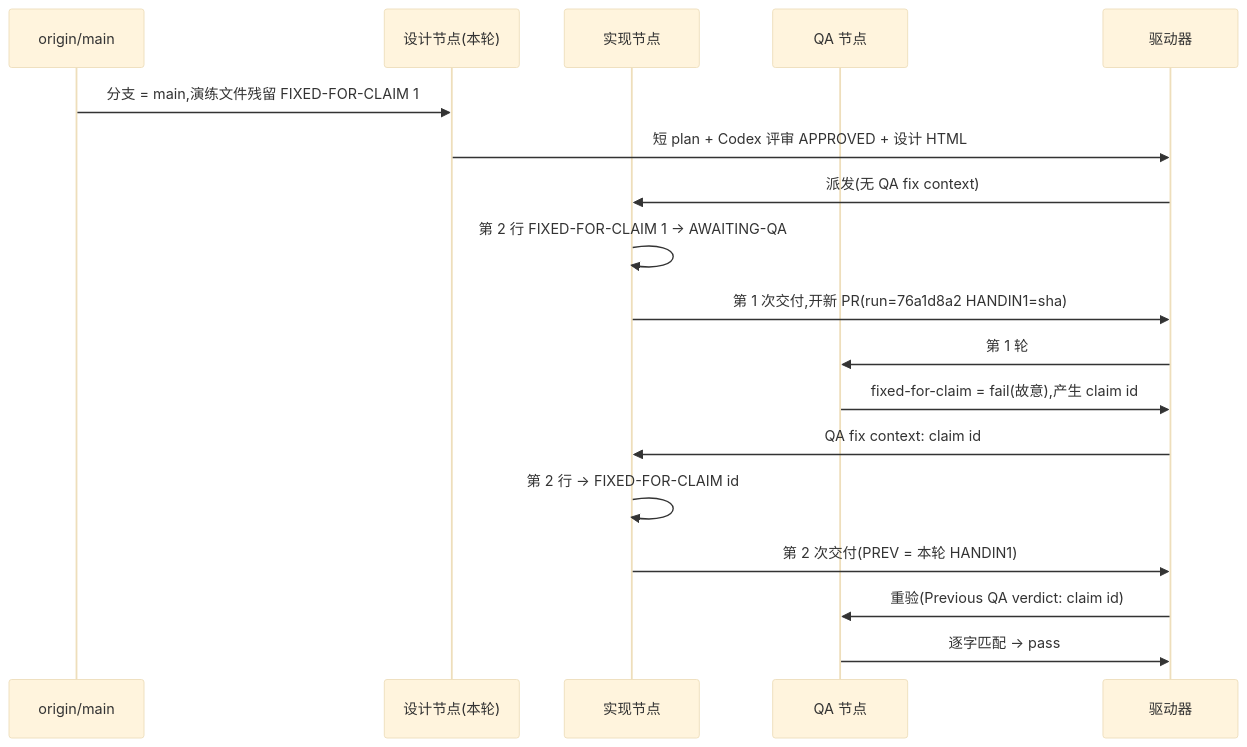
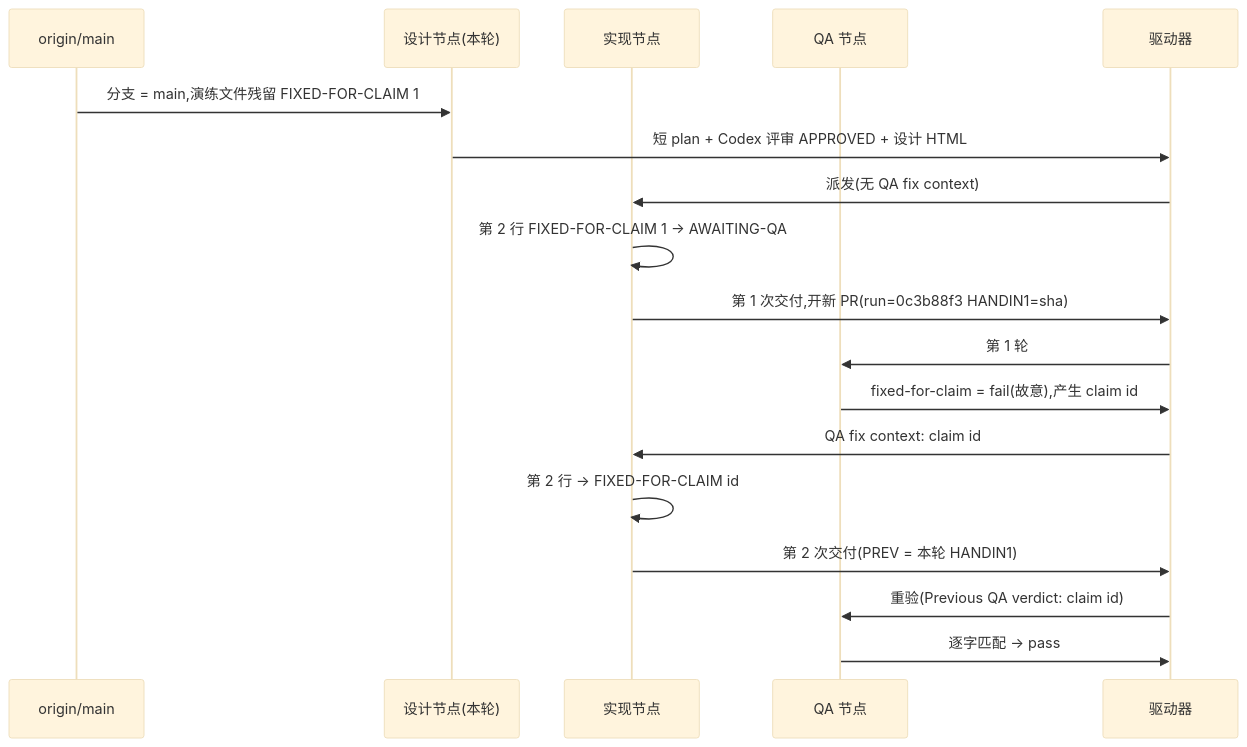
One commit to xrliAnnie/flywheel-qa-sandbox changed the diagram in engineering/doc/FLY-3150-real-runner-drill/d1-core-flow.mmd. Above: the diagram before and after it, drawn with Mermaid (base theme). The commit also changed 4 other files, not shown here.

```diff
--- a/engineering/doc/FLY-3150-real-runner-drill/d1-core-flow.mmd
+++ b/engineering/doc/FLY-3150-real-runner-drill/d1-core-flow.mmd
@@ -1,18 +1,18 @@
 sequenceDiagram
     participant M as origin/main
     participant S as 设计节点(本轮)
     participant I as 实现节点
     participant Q as QA 节点
     participant D as 驱动器
     M->>S: 分支 = main,演练文件残留 FIXED-FOR-CLAIM 1
     S->>D: 短 plan + Codex 评审 APPROVED + 设计 HTML
     D->>I: 派发(无 QA fix context)
     I->>I: 第 2 行 FIXED-FOR-CLAIM 1 → AWAITING-QA
-    I->>D: 第 1 次交付,开新 PR(run=76a1d8a2 HANDIN1=sha)
+    I->>D: 第 1 次交付,开新 PR(run=0c3b88f3 HANDIN1=sha)
     D->>Q: 第 1 轮
     Q->>D: fixed-for-claim = fail(故意),产生 claim id
     D->>I: QA fix context: claim id
     I->>I: 第 2 行 → FIXED-FOR-CLAIM id
     I->>D: 第 2 次交付(PREV = 本轮 HANDIN1)
     D->>Q: 重验(Previous QA verdict: claim id)
     Q->>D: 逐字匹配 → pass
```
